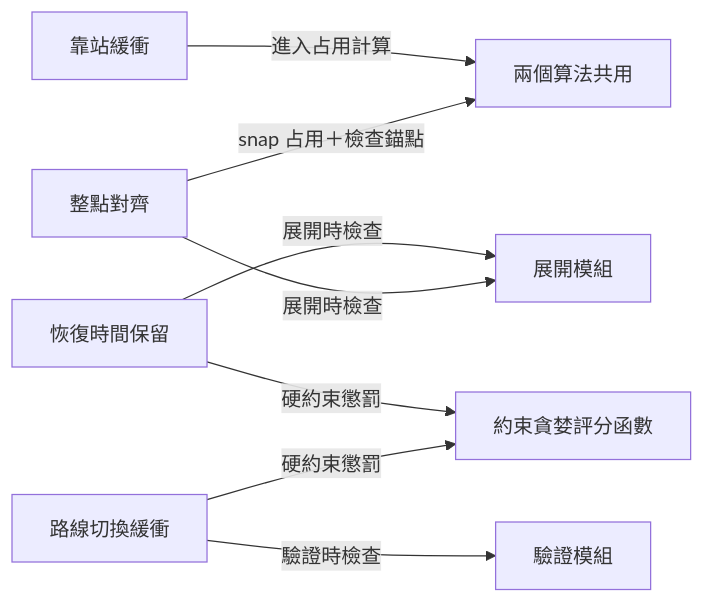
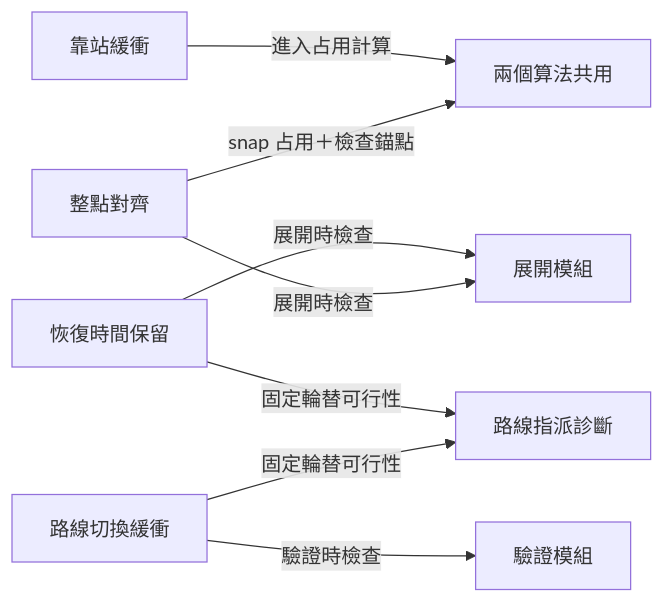
Before and after one commit to arlenTuring/syncdrive_t3: the second of 2 diagrams in document/排班引擎算法深度解說.md, drawn with Mermaid. The commit also changed other lines of this file and 96 other files, not shown here.

````diff
--- a/document/排班引擎算法深度解說.md
+++ b/document/排班引擎算法深度解說.md
@@ -312,10 +302,10 @@
 ```mermaid
 flowchart LR
     A["靠站緩衝"] -->|進入占用計算| B["兩個算法共用"]
     C["整點對齊"] -->|snap 占用＋檢查錨點| B
-    D["恢復時間保留"] -->|硬約束懲罰| E["約束貪婪評分函數"]
-    F["路線切換緩衝"] -->|硬約束懲罰| E
+    D["恢復時間保留"] -->|固定輪替可行性| E["路線指派診斷"]
+    F["路線切換緩衝"] -->|固定輪替可行性| E
     D -->|展開時檢查| G["展開模組"]
     F -->|驗證時檢查| H["驗證模組"]
     C -->|展開時檢查| G
 ```
````
